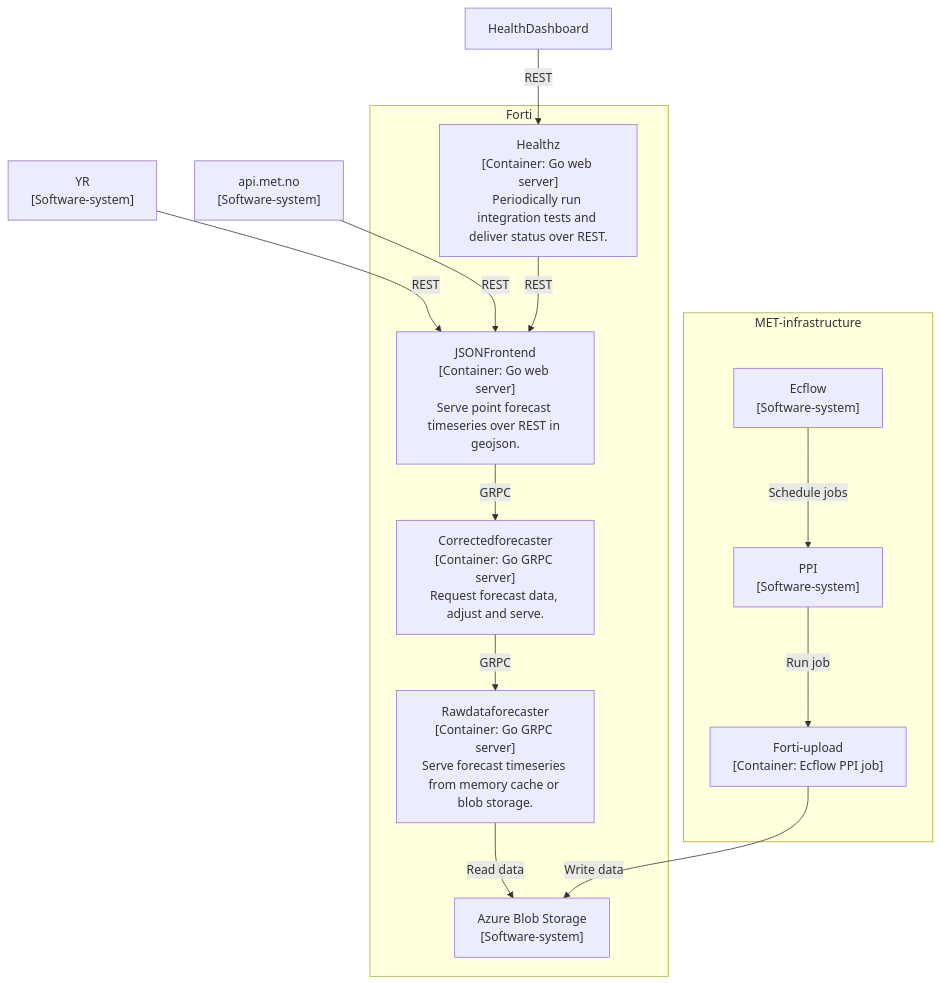
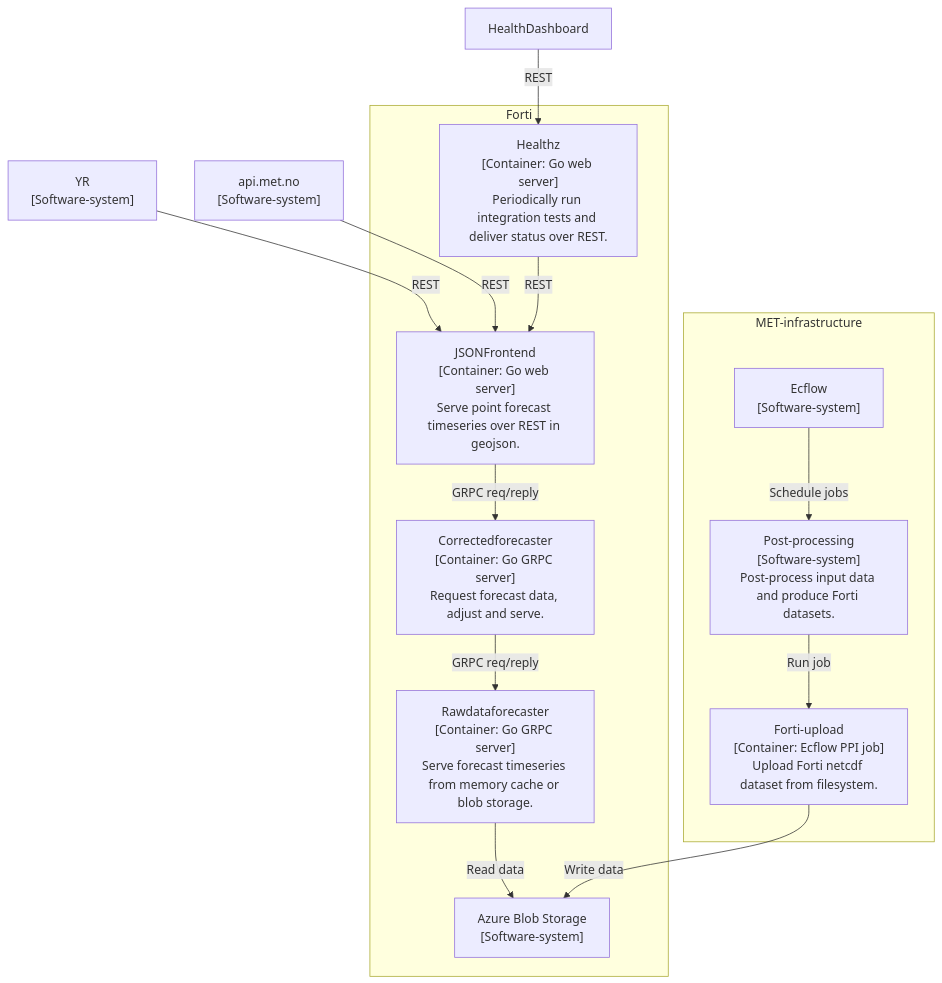
One commit to metno/forti changed the diagram in README.md. Above: the diagram before and after it, drawn with Mermaid.

Commit message:
Updated mermaic c4 container diagram.

````diff
--- a/README.md
+++ b/README.md
@@ -30,28 +30,28 @@
 ```mermaid
 graph TD;
    YR["YR<br>[Software-system]"];
    api_met_no["api.met.no<br>[Software-system]"];
 
    YR-->|REST|JSONFrontend;
    api_met_no-->|REST|JSONFrontend;
    HealthDashboard-->|REST|Healthz;
    subgraph Forti
       JSONFrontend["JSONFrontend<br>[Container: Go web server]<br>Serve point forecast timeseries over REST in geojson."];
       Correctedforecaster["Correctedforecaster<br>[Container: Go GRPC server]<br>Request forecast data, adjust and serve."];
       Rawdataforecaster["Rawdataforecaster<br>[Container: Go GRPC server]<br>Serve forecast timeseries from memory cache or blob storage."];
       Azureblob["Azure Blob Storage<br>[Software-system]"];
-      JSONFrontend-->|GRPC|Correctedforecaster;
-      Correctedforecaster-->|GRPC|Rawdataforecaster;
+      JSONFrontend-->|GRPC req/reply|Correctedforecaster;
+      Correctedforecaster-->|GRPC req/reply|Rawdataforecaster;
       Rawdataforecaster-->|Read data|Azureblob;
       Healthz["Healthz<br>[Container: Go web server]<br>Periodically run integration tests and deliver status over REST."];
       Healthz-->|REST|JSONFrontend;
    end
    subgraph MET-infrastructure
       Ecflow["Ecflow<br>[Software-system]"];
-      PPI["PPI<br>[Software-system]"];
-      Fortiupload["Forti-upload<br>[Container: Ecflow PPI job]"];
+      PostProcessing["Post-processing<br>[Software-system]<br>Post-process input data and produce Forti datasets."];
+      Fortiupload["Forti-upload<br>[Container: Ecflow PPI job]<br>Upload Forti netcdf dataset from filesystem."];
       Fortiupload-->|Write data|Azureblob;
-      Ecflow-->|Schedule jobs|PPI;
-      PPI-->|Run job|Fortiupload;
+      Ecflow-->|Schedule jobs|PostProcessing;
+      PostProcessing-->|Run job|Fortiupload;
    end
 ```
````
